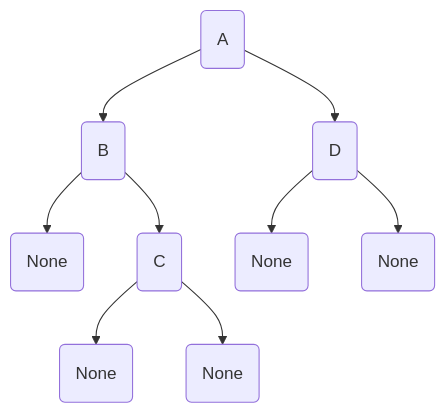
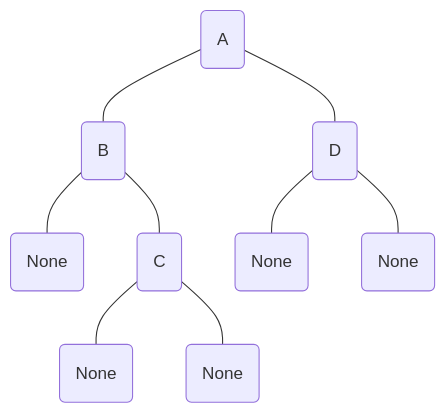
The first of 2 diagrams in content/terminales-nsi/chap-9/2-arbres-binaires.md (DLatreyte/hugo-site-source), drawn with Mermaid before and after one commit. The commit also changed other lines of this file and 1 other file, not shown here.

```diff
--- a/content/terminales-nsi/chap-9/2-arbres-binaires.md
+++ b/content/terminales-nsi/chap-9/2-arbres-binaires.md
@@ -161,11 +161,11 @@
 {{< mermaid >}}
 graph TD
-  A("A") --> B("B")
-  B --> G(None)
-  B --> C("C")
-  C --> H(None)
-  C --> I(None)
-  A --> D("D")
-  D --> E(None)
-  D --> F(None)
+  A("A") --- B("B")
+  B --- G(None)
+  B --- C("C")
+  C --- H(None)
+  C --- I(None)
+  A --- D("D")
+  D --- E(None)
+  D --- F(None)
 {{< /mermaid >}}
```
